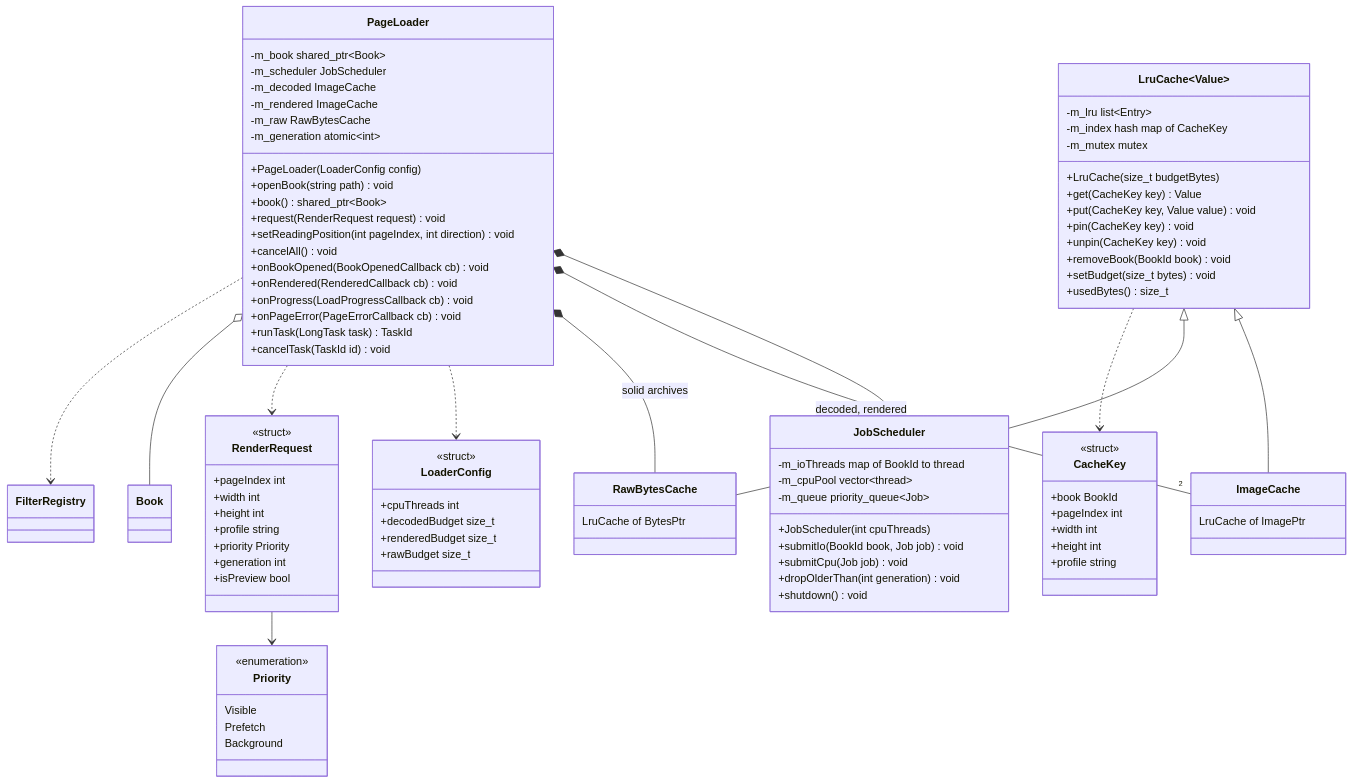
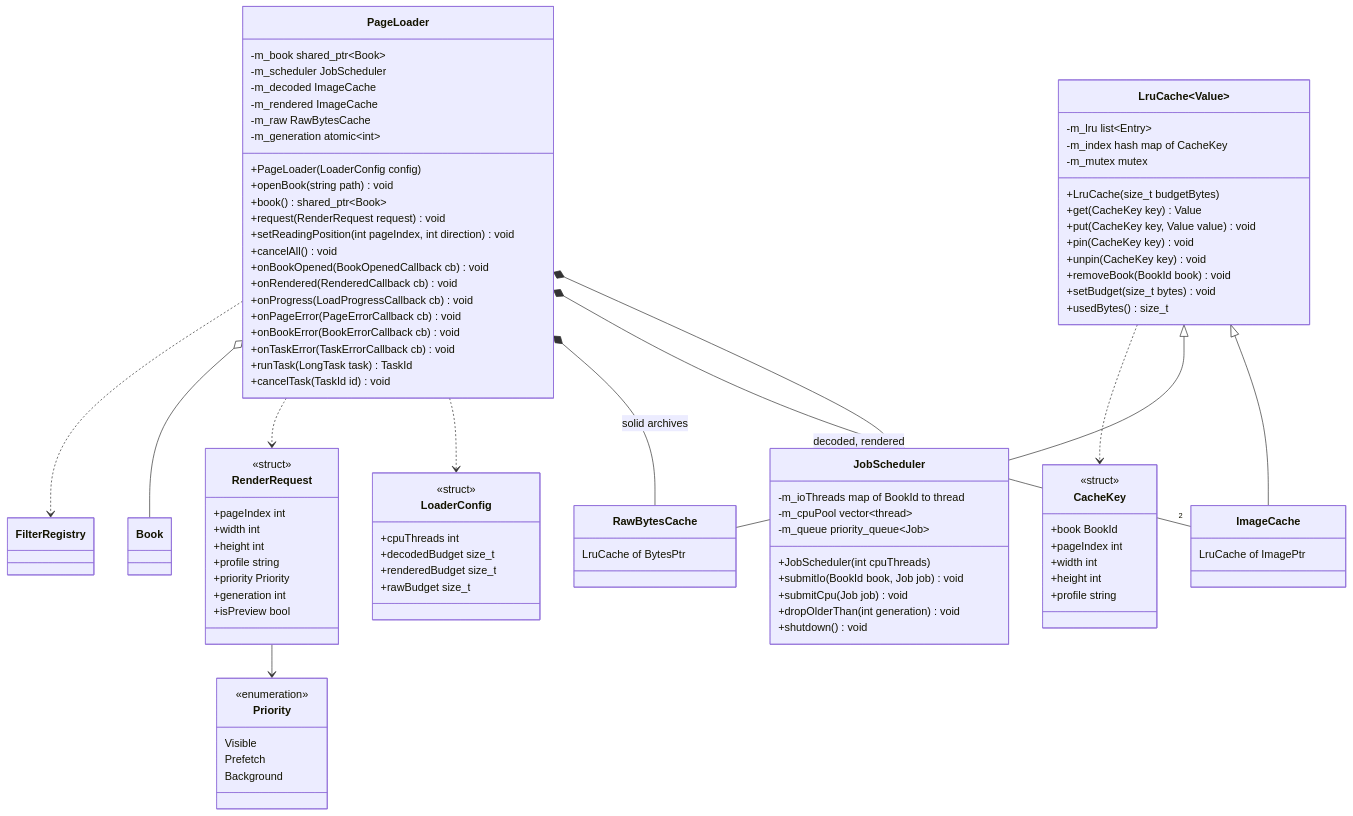
Before and after one commit to jvolima/comic-book: the seventh of 10 diagrams in src/docs/03-architecture.md, drawn with Mermaid. The commit also changed other lines of this file and 27 other files, not shown here.

```diff
--- a/src/docs/03-architecture.md
+++ b/src/docs/03-architecture.md
@@ -503,6 +506,8 @@
         +onRendered(RenderedCallback cb) void
         +onProgress(LoadProgressCallback cb) void
         +onPageError(PageErrorCallback cb) void
+        +onBookError(BookErrorCallback cb) void
+        +onTaskError(TaskErrorCallback cb) void
         +runTask(LongTask task) TaskId
         +cancelTask(TaskId id) void
         -m_book shared_ptr~Book~
```
